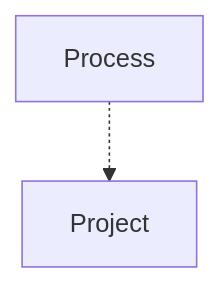
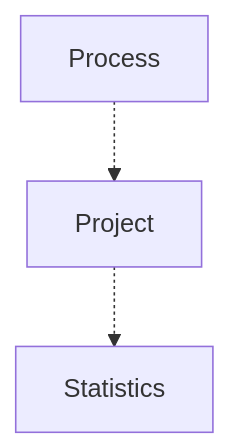
One commit to glemzurg/glemzurg changed the diagram in examples/requirements/req/output/development/model.md. Above: the diagram before and after it, drawn with Mermaid. The commit also changed other lines of this file and 103 other files, not shown here.

````diff
--- a/examples/requirements/req/output/development/model.md
+++ b/examples/requirements/req/output/development/model.md
@@ -291,7 +291,9 @@
 ```mermaid
 graph TD
 domain_domain_process["Process"]
 domain_domain_project["Project"]
+domain_domain_statistics["Statistics"]
 domain_domain_process -.-> domain_domain_project
+domain_domain_project -.-> domain_domain_statistics
 
 ```
````
